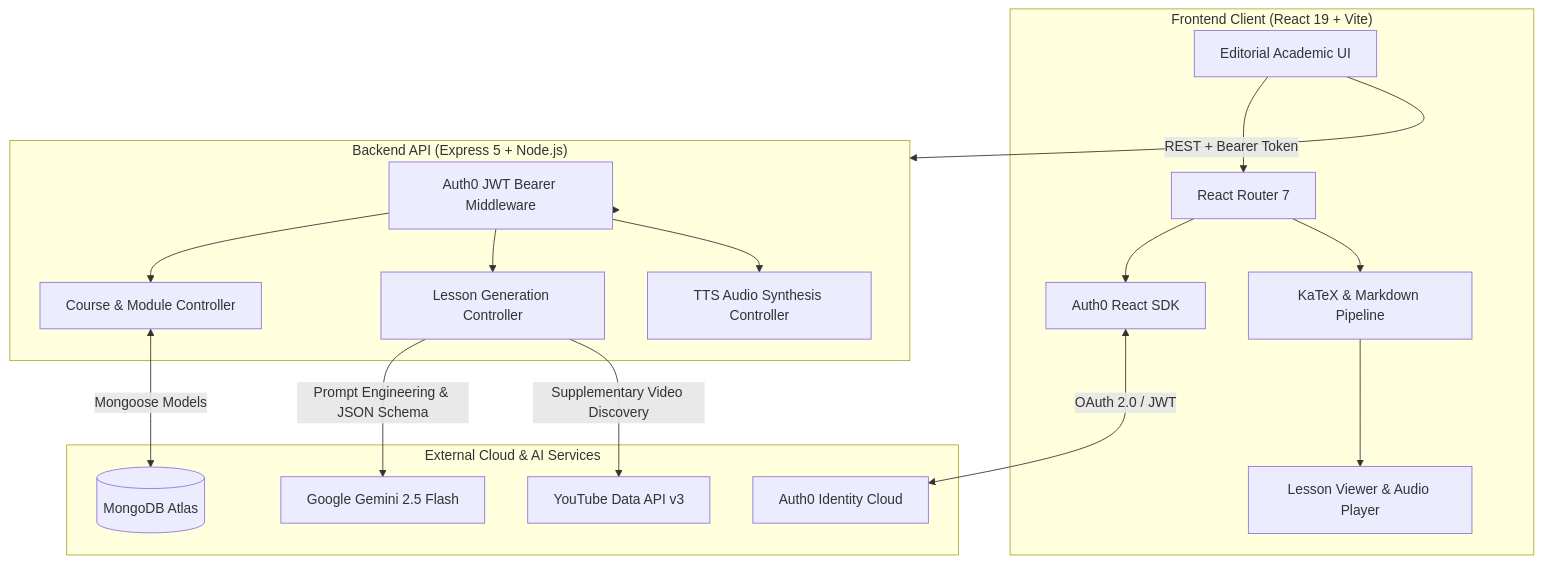
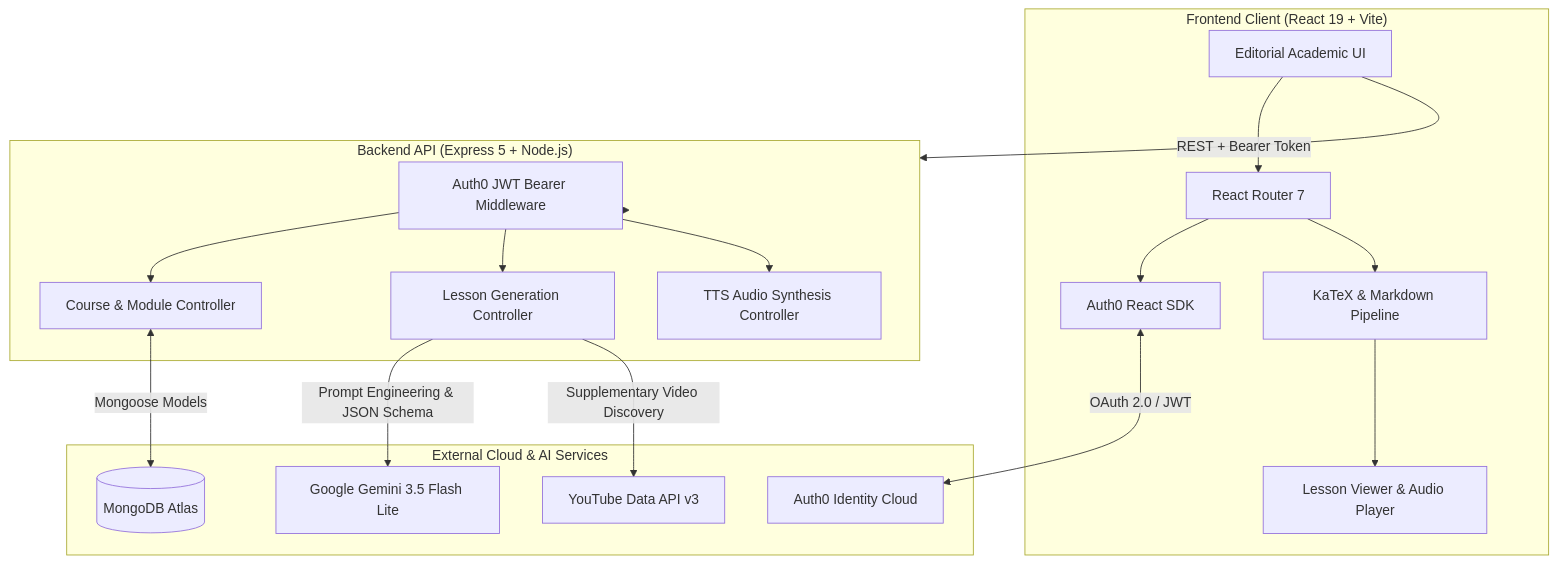
Before and after one commit to someshsinha/Socratic-AI: the first of 2 diagrams in README.md, drawn with Mermaid. The commit also changed other lines of this file and 2 other files, not shown here.

````diff
--- a/README.md
+++ b/README.md
@@ -63,37 +63,37 @@
 ```mermaid
 flowchart TD
     subgraph Client["Frontend Client (React 19 + Vite)"]
         UI[Editorial Academic UI]
         Router[React Router 7]
         AuthClient[Auth0 React SDK]
         KatexEngine[KaTeX & Markdown Pipeline]
         LessonViewer[Lesson Viewer & Audio Player]
     end
 
     subgraph Backend["Backend API (Express 5 + Node.js)"]
         AuthMiddleware[Auth0 JWT Bearer Middleware]
         CourseController[Course & Module Controller]
         LessonController[Lesson Generation Controller]
         TTSController[TTS Audio Synthesis Controller]
     end
 
     subgraph External["External Cloud & AI Services"]
-        Gemini[Google Gemini 2.5 Flash]
+        Gemini[Google Gemini 3.5 Flash Lite]
         YouTube[YouTube Data API v3]
         Auth0Cloud[Auth0 Identity Cloud]
         MongoCloud[(MongoDB Atlas)]
     end
 
     UI --> Router
     Router --> AuthClient
     AuthClient <-->|OAuth 2.0 / JWT| Auth0Cloud
     Router --> KatexEngine --> LessonViewer
 
     UI -->|REST + Bearer Token| Backend
     Backend --> AuthMiddleware
     AuthMiddleware --> CourseController & LessonController & TTSController
 
     LessonController -->|Prompt Engineering & JSON Schema| Gemini
     LessonController -->|Supplementary Video Discovery| YouTube
     CourseController <-->|Mongoose Models| MongoCloud
 ```
````
